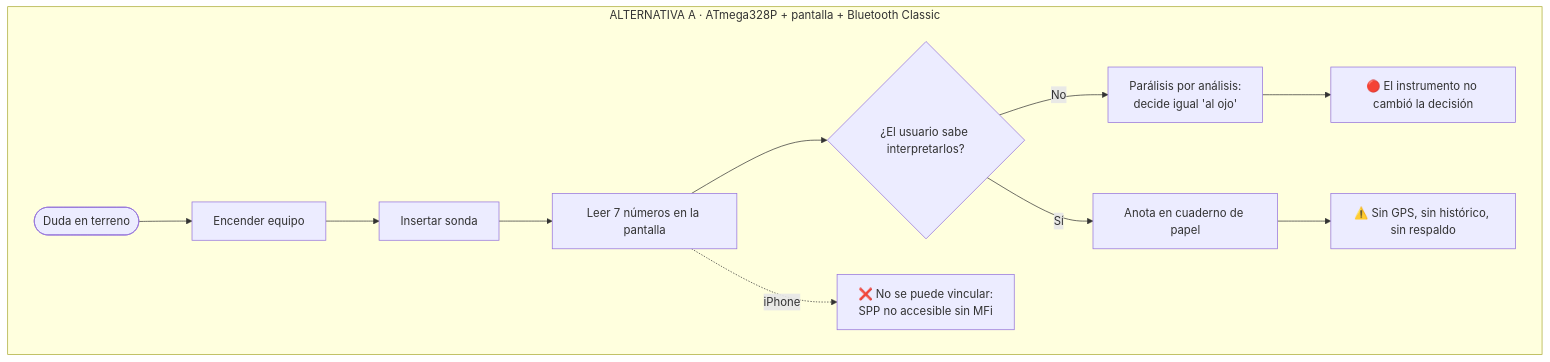
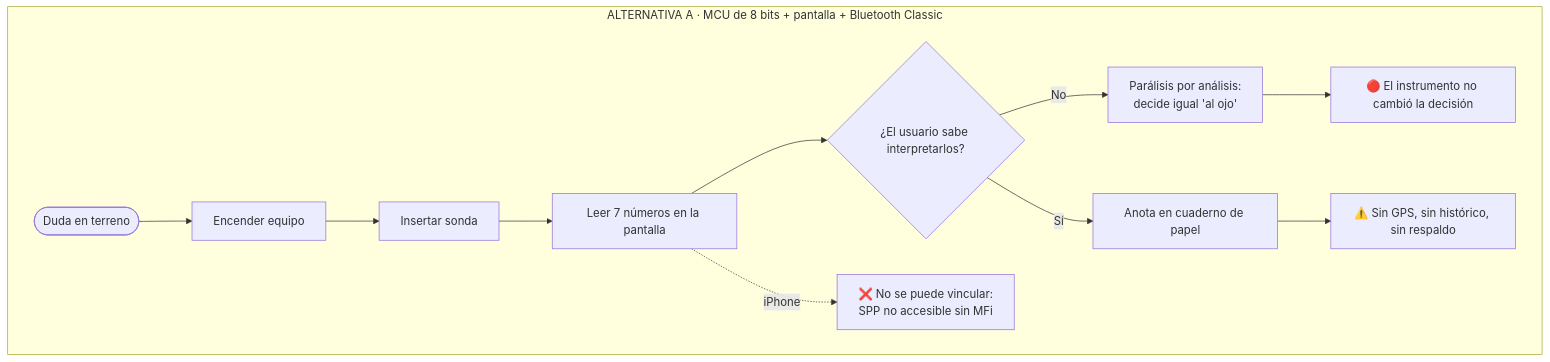
The third of 10 diagrams in README.md (Alvarinhoooo7/TerraSence), drawn with Mermaid before and after one commit. The commit also changed other lines of this file, not shown here.

````diff
--- a/README.md
+++ b/README.md
@@ -868,14 +1114,14 @@
 ```mermaid
 flowchart TD
-    subgraph ALT_A["ALTERNATIVA A · ATmega328P + pantalla + Bluetooth Classic"]
+    subgraph ALT_A["ALTERNATIVA A · MCU de 8 bits + pantalla + Bluetooth Classic"]
         A1([Duda en terreno]) --> A2[Encender equipo]
         A2 --> A3[Insertar sonda]
         A3 --> A4[Leer 7 números en la pantalla]
         A4 --> A5{¿El usuario sabe interpretarlos?}
         A5 -- No --> A6[Parálisis por análisis:<br/>decide igual 'al ojo']
         A6 --> A7[🔴 El instrumento no cambió la decisión]
         A5 -- Sí --> A8[Anota en cuaderno de papel]
         A8 --> A9[⚠️ Sin GPS, sin histórico, sin respaldo]
         A4 -.iPhone.-> A10[❌ No se puede vincular:<br/>SPP no accesible sin MFi]
     end
 ```
````
